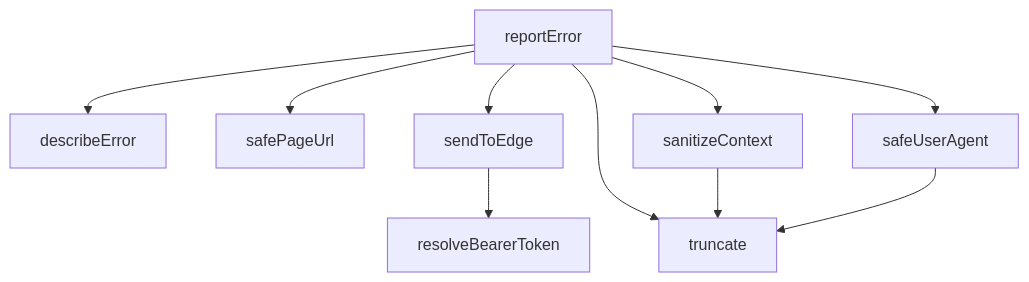
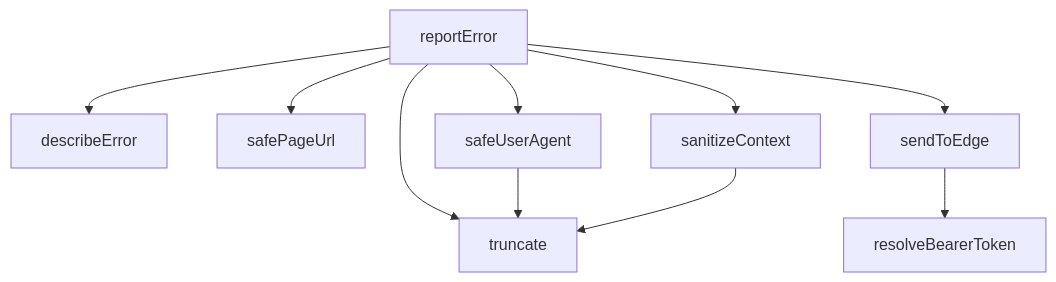
Before and after one commit to peckop/venthub-hvac-esite: the diagram in src/lib/errorReporter.md, drawn with Mermaid. The commit also changed other lines of this file and 134 other files, not shown here.

````diff
--- a/src/lib/errorReporter.md
+++ b/src/lib/errorReporter.md
@@ -182,20 +182,20 @@
 ```mermaid
 graph TD
     errorReporter_ts__describeError["describeError"]
     errorReporter_ts__reportError["reportError"]
     errorReporter_ts__resolveBearerToken["resolveBearerToken"]
     errorReporter_ts__safePageUrl["safePageUrl"]
     errorReporter_ts__safeUserAgent["safeUserAgent"]
     errorReporter_ts__sanitizeContext["sanitizeContext"]
     errorReporter_ts__sendToEdge["sendToEdge"]
     errorReporter_ts__truncate["truncate"]
+    errorReporter_ts__reportError --> errorReporter_ts__sanitizeContext
     errorReporter_ts__reportError --> errorReporter_ts__sendToEdge
     errorReporter_ts__reportError --> errorReporter_ts__safeUserAgent
-    errorReporter_ts__reportError --> errorReporter_ts__sanitizeContext
+    errorReporter_ts__reportError --> errorReporter_ts__describeError
     errorReporter_ts__reportError --> errorReporter_ts__truncate
-    errorReporter_ts__sanitizeContext --> errorReporter_ts__truncate
     errorReporter_ts__sendToEdge --> errorReporter_ts__resolveBearerToken
     errorReporter_ts__safeUserAgent --> errorReporter_ts__truncate
-    errorReporter_ts__reportError --> errorReporter_ts__describeError
+    errorReporter_ts__sanitizeContext --> errorReporter_ts__truncate
     errorReporter_ts__reportError --> errorReporter_ts__safePageUrl
 ```
````
